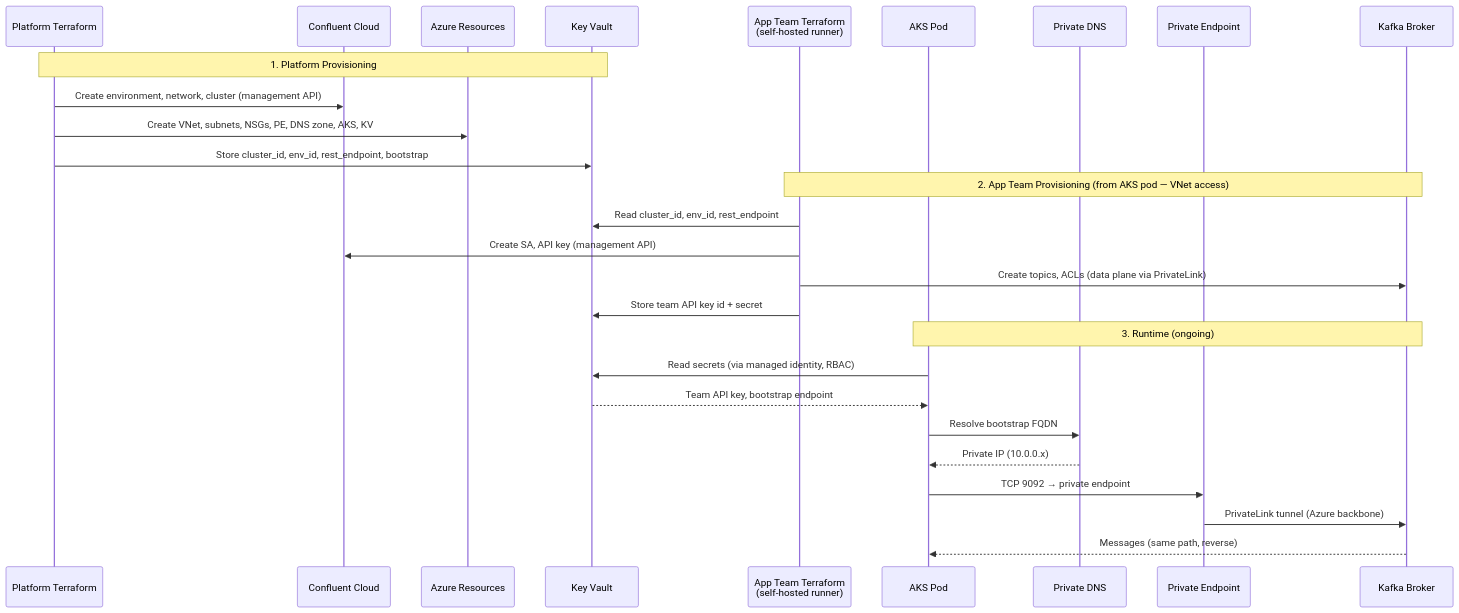
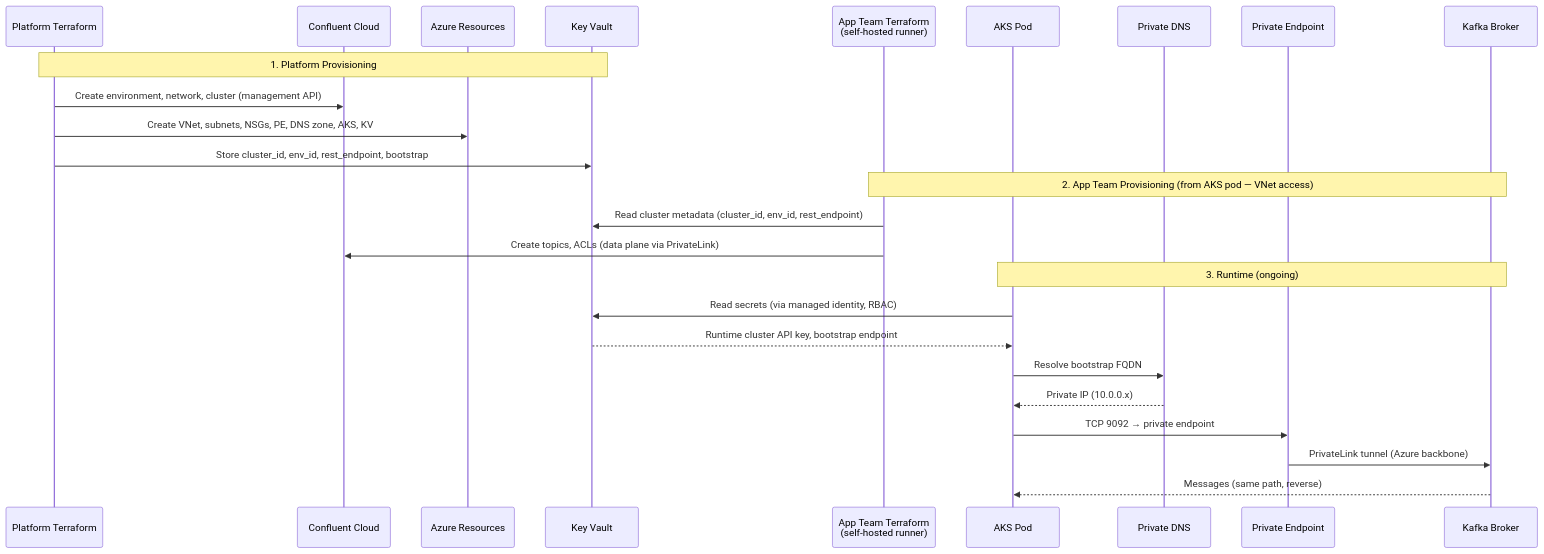
Before and after one commit to GouthamKumar4/terraform-confluent-cloud-aks-poc: the third of 3 diagrams in docs/architecture.md, drawn with Mermaid. The commit also changed other lines of this file and 41 other files, not shown here.

````diff
--- a/docs/architecture.md
+++ b/docs/architecture.md
@@ -184,32 +182,30 @@
 ```mermaid
 sequenceDiagram
     participant PTF as Platform Terraform
     participant CF as Confluent Cloud
     participant AZ as Azure Resources
     participant KV as Key Vault
     participant ATF as App Team Terraform<br>(self-hosted runner)
     participant AKS as AKS Pod
     participant DNS as Private DNS
     participant PE as Private Endpoint
     participant Kafka as Kafka Broker
 
     Note over PTF,KV: 1. Platform Provisioning
     PTF->>CF: Create environment, network, cluster (management API)
     PTF->>AZ: Create VNet, subnets, NSGs, PE, DNS zone, AKS, KV
     PTF->>KV: Store cluster_id, env_id, rest_endpoint, bootstrap
 
     Note over ATF,Kafka: 2. App Team Provisioning (from AKS pod — VNet access)
-    ATF->>KV: Read cluster_id, env_id, rest_endpoint
-    ATF->>CF: Create SA, API key (management API)
-    ATF->>Kafka: Create topics, ACLs (data plane via PrivateLink)
-    ATF->>KV: Store team API key id + secret
+    ATF->>KV: Read cluster metadata (cluster_id, env_id, rest_endpoint)
+    ATF->>CF: Create topics, ACLs (data plane via PrivateLink)
 
     Note over AKS,Kafka: 3. Runtime (ongoing)
     AKS->>KV: Read secrets (via managed identity, RBAC)
-    KV-->>AKS: Team API key, bootstrap endpoint
+    KV-->>AKS: Runtime cluster API key, bootstrap endpoint
     AKS->>DNS: Resolve bootstrap FQDN
     DNS-->>AKS: Private IP (10.0.0.x)
     AKS->>PE: TCP 9092 → private endpoint
     PE->>Kafka: PrivateLink tunnel (Azure backbone)
     Kafka-->>AKS: Messages (same path, reverse)
 ```
````
